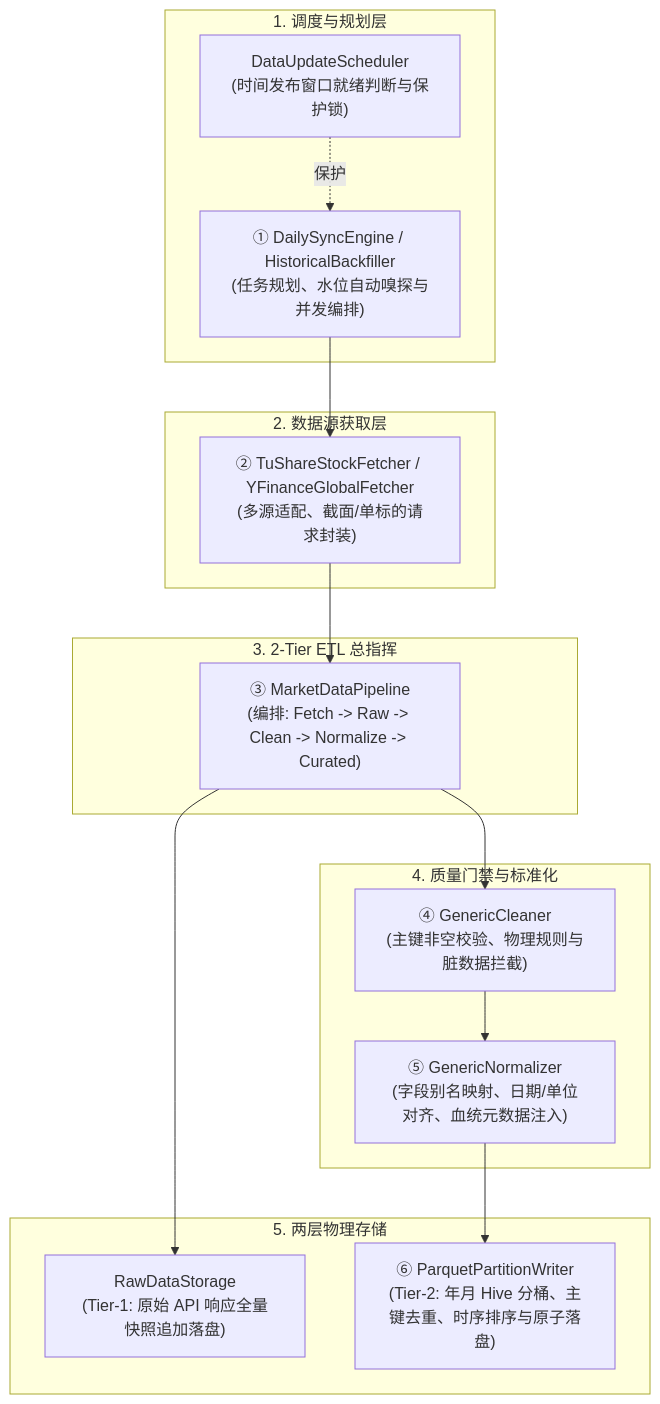
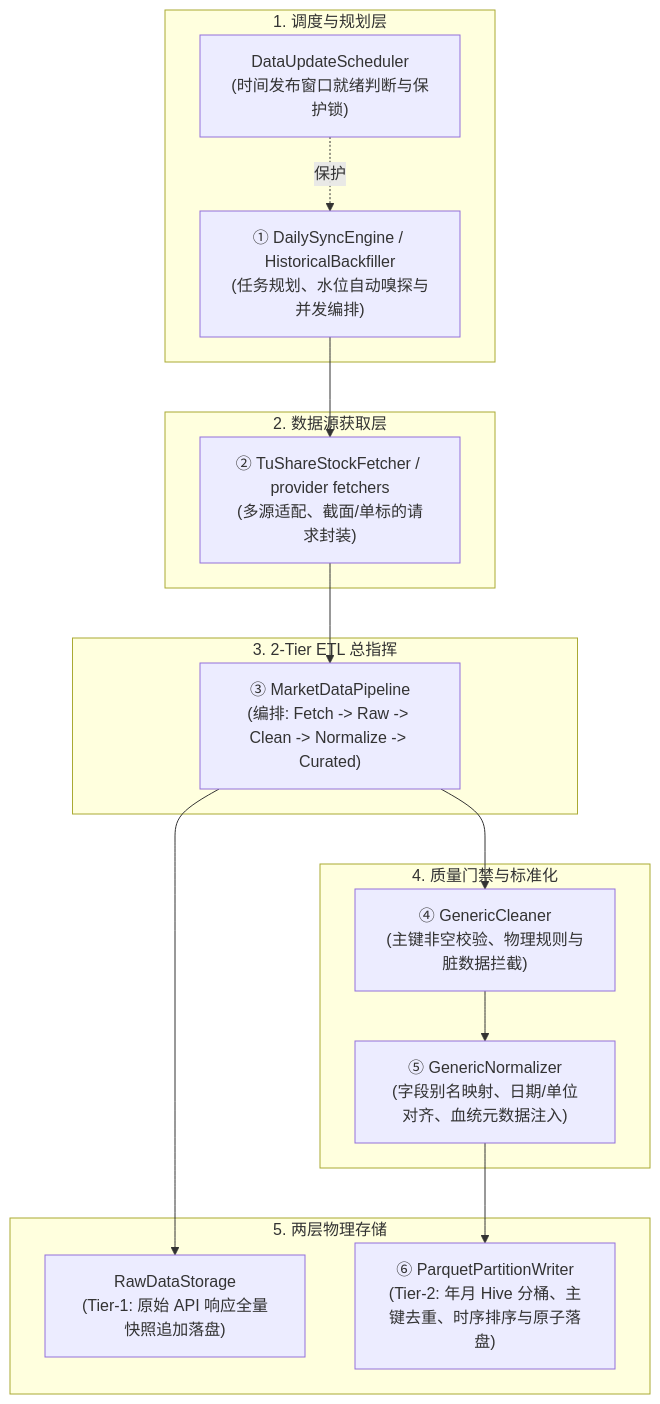
One commit to aidenreed937/stock changed the diagram in docs/architecture/data_pipeline.md. Above: the diagram before and after it, drawn with Mermaid. The commit also changed other lines of this file and 19 other files, not shown here.

````diff
--- a/docs/architecture/data_pipeline.md
+++ b/docs/architecture/data_pipeline.md
@@ -11,32 +11,32 @@
 ```mermaid
 flowchart TD
     subgraph S1 [1. 调度与规划层]
         A["① DailySyncEngine / HistoricalBackfiller\n(任务规划、水位自动嗅探与并发编排)"]
         S["DataUpdateScheduler\n(时间发布窗口就绪判断与保护锁)"]
         S -. 保护 .-> A
     end
 
     subgraph S2 [2. 数据源获取层]
-        B["② TuShareStockFetcher / YFinanceGlobalFetcher\n(多源适配、截面/单标的请求封装)"]
+        B["② TuShareStockFetcher / provider fetchers\n(多源适配、截面/单标的请求封装)"]
         A --> B
     end
 
     subgraph S3 [3. 2-Tier ETL 总指挥]
         C["③ MarketDataPipeline\n(编排: Fetch -> Raw -> Clean -> Normalize -> Curated)"]
         B --> C
     end
 
     subgraph S4 [4. 质量门禁与标准化]
         D["④ GenericCleaner\n(主键非空校验、物理规则与脏数据拦截)"]
         E["⑤ GenericNormalizer\n(字段别名映射、日期/单位对齐、血统元数据注入)"]
         C --> D
         D --> E
     end
 
     subgraph S5 [5. 两层物理存储]
         F1["RawDataStorage\n(Tier-1: 原始 API 响应全量快照追加落盘)"]
         F2["⑥ ParquetPartitionWriter\n(Tier-2: 年月 Hive 分桶、主键去重、时序排序与原子落盘)"]
         C --> F1
         E --> F2
     end
 ```
````
